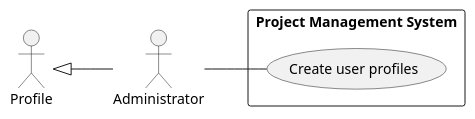
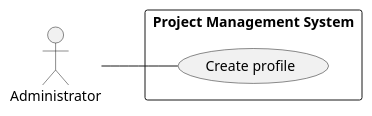
One commit to ivo-menezes/project_g3 changed the diagram in docs/modelling_design/user_stories/us001/US001_CreateProfileUCD.puml. Above: the diagram before and after it, drawn with PlantUML.

Commit message:
US001: Analysis: Changes in UCD

```diff
--- a/docs/modelling_design/user_stories/us001/US001_CreateProfileUCD.puml
+++ b/docs/modelling_design/user_stories/us001/US001_CreateProfileUCD.puml
@@ -1,10 +1,9 @@
 @startuml
 left to right direction
 
-Profile <|-- :Administrator:
+"Administrator"
 
 rectangle "Project Management System"{
-:Administrator: as Administrator
-Administrator -- (Create user profiles)
+"Administrator" -- (Create profile)
 }
 @enduml
```
